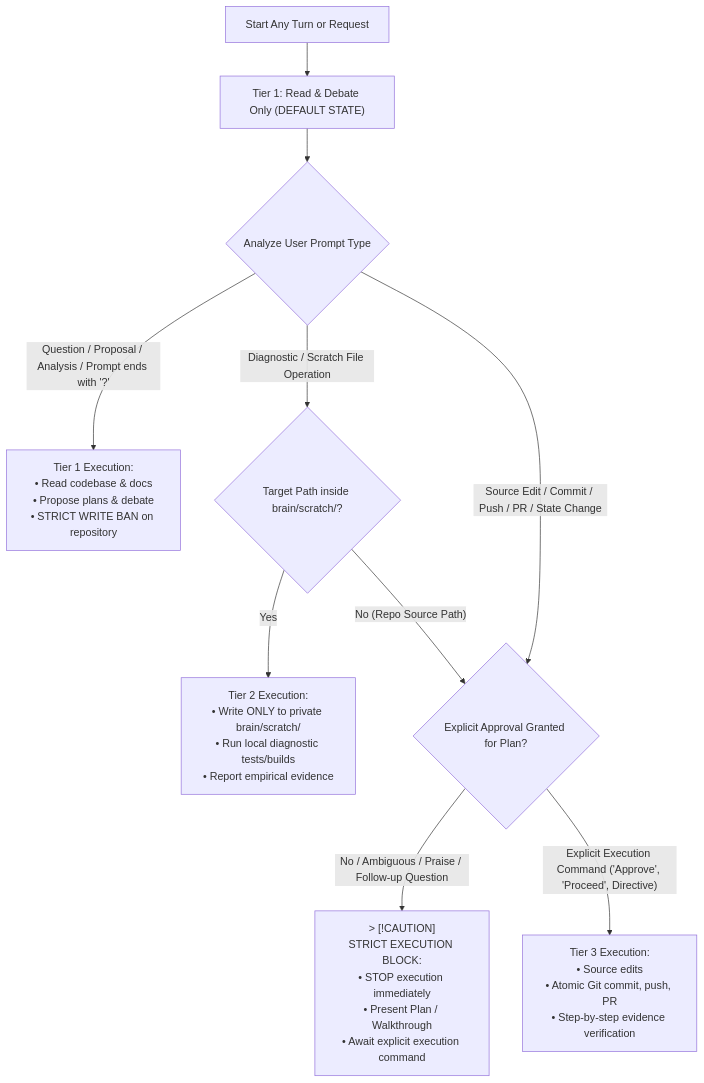
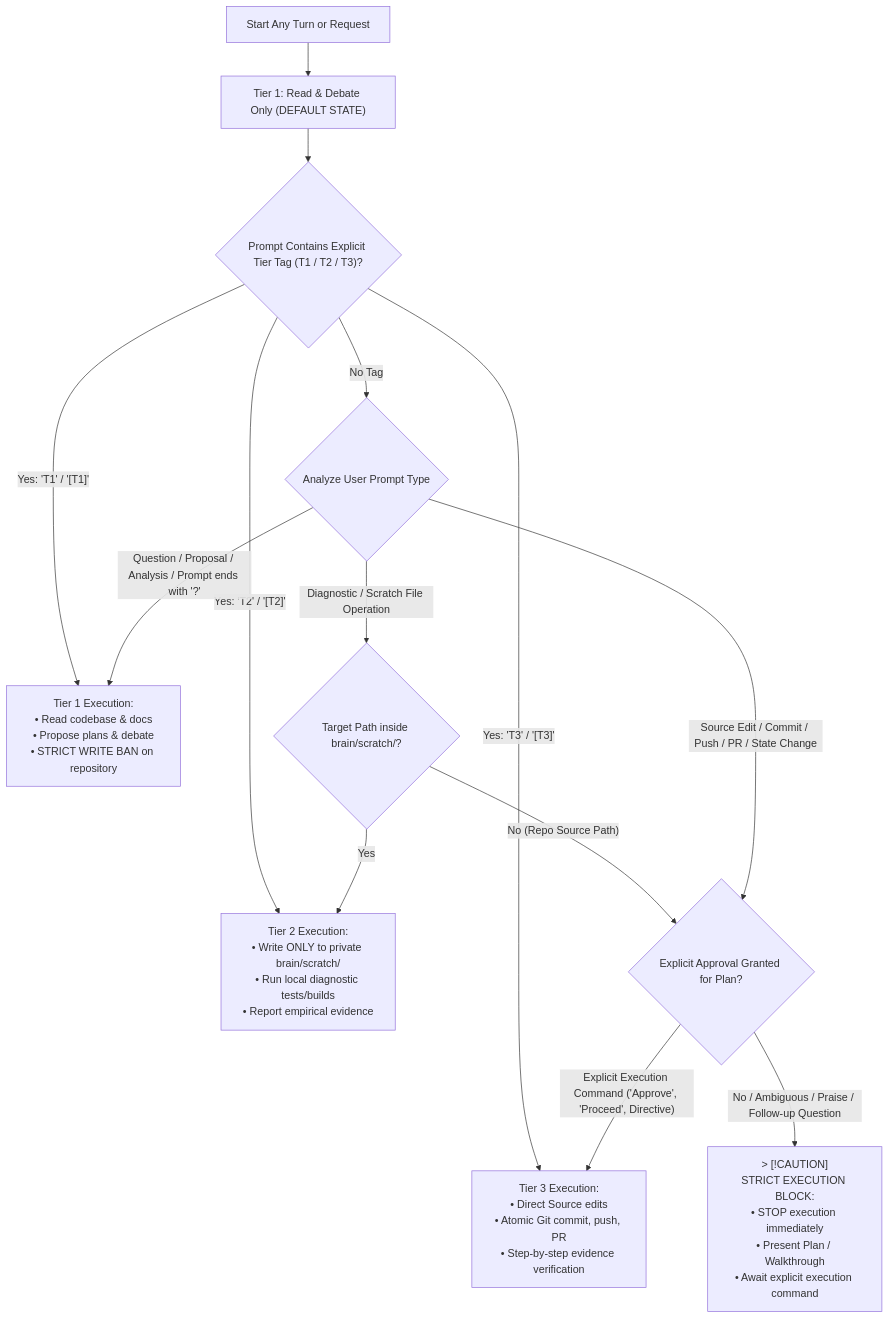
One commit to loerei/myskills changed the second of 7 diagrams in AGENTS.md. Above: the diagram before and after it, drawn with Mermaid. The commit also changed other lines of this file, not shown here.

Commit message:
feat(policy): add explicit tier override tags T1 T2 T3 to global framework

````diff
--- a/AGENTS.md
+++ b/AGENTS.md
@@ -18,18 +18,24 @@
 ```mermaid
 flowchart TD
     TurnStart["Start Any Turn or Request"] --> Tier1Default["Tier 1: Read & Debate Only (DEFAULT STATE)"]
     
-    Tier1Default --> InputAnalysis{"Analyze User Prompt Type"}
+    Tier1Default --> TagCheck{"Prompt Contains Explicit Tier Tag (T1 / T2 / T3)?"}
     
-    InputAnalysis -->|"Question / Proposal / Analysis / Prompt ends with '?'"| Tier1Exec["Tier 1 Execution:<br/>• Read codebase & docs<br/>• Propose plans & debate<br/>• STRICT WRITE BAN on repository"]
+    TagCheck -->|"Yes: 'T1' / '[T1]'"| Tier1Exec["Tier 1 Execution:<br/>• Read codebase & docs<br/>• Propose plans & debate<br/>• STRICT WRITE BAN on repository"]
+    TagCheck -->|"Yes: 'T2' / '[T2]'"| Tier2Exec["Tier 2 Execution:<br/>• Write ONLY to private brain/scratch/<br/>• Run local diagnostic tests/builds<br/>• Report empirical evidence"]
+    TagCheck -->|"Yes: 'T3' / '[T3]'"| Tier3Exec["Tier 3 Execution:<br/>• Direct Source edits<br/>• Atomic Git commit, push, PR<br/>• Step-by-step evidence verification"]
+    
+    TagCheck -->|"No Tag"| InputAnalysis{"Analyze User Prompt Type"}
+    
+    InputAnalysis -->|"Question / Proposal / Analysis / Prompt ends with '?'"| Tier1Exec
     
     InputAnalysis -->|"Diagnostic / Scratch File Operation"| PathCheck{"Target Path inside brain/scratch/?"}
-    PathCheck -->|"Yes"| Tier2Exec["Tier 2 Execution:<br/>• Write ONLY to private brain/scratch/<br/>• Run local diagnostic tests/builds<br/>• Report empirical evidence"]
+    PathCheck -->|"Yes"| Tier2Exec
     PathCheck -->|"No (Repo Source Path)"| Tier3Gate
     
     InputAnalysis -->|"Source Edit / Commit / Push / PR / State Change"| Tier3Gate{"Explicit Approval Granted for Plan?"}
     
     Tier3Gate -->|"No / Ambiguous / Praise / Follow-up Question"| Tier3Block["> [!CAUTION]<br/>STRICT EXECUTION BLOCK:<br/>• STOP execution immediately<br/>• Present Plan / Walkthrough<br/>• Await explicit execution command"]
     
-    Tier3Gate -->|"Explicit Execution Command ('Approve', 'Proceed', Directive)"| Tier3Exec["Tier 3 Execution:<br/>• Source edits<br/>• Atomic Git commit, push, PR<br/>• Step-by-step evidence verification"]
+    Tier3Gate -->|"Explicit Execution Command ('Approve', 'Proceed', Directive)"| Tier3Exec
 ```
````
